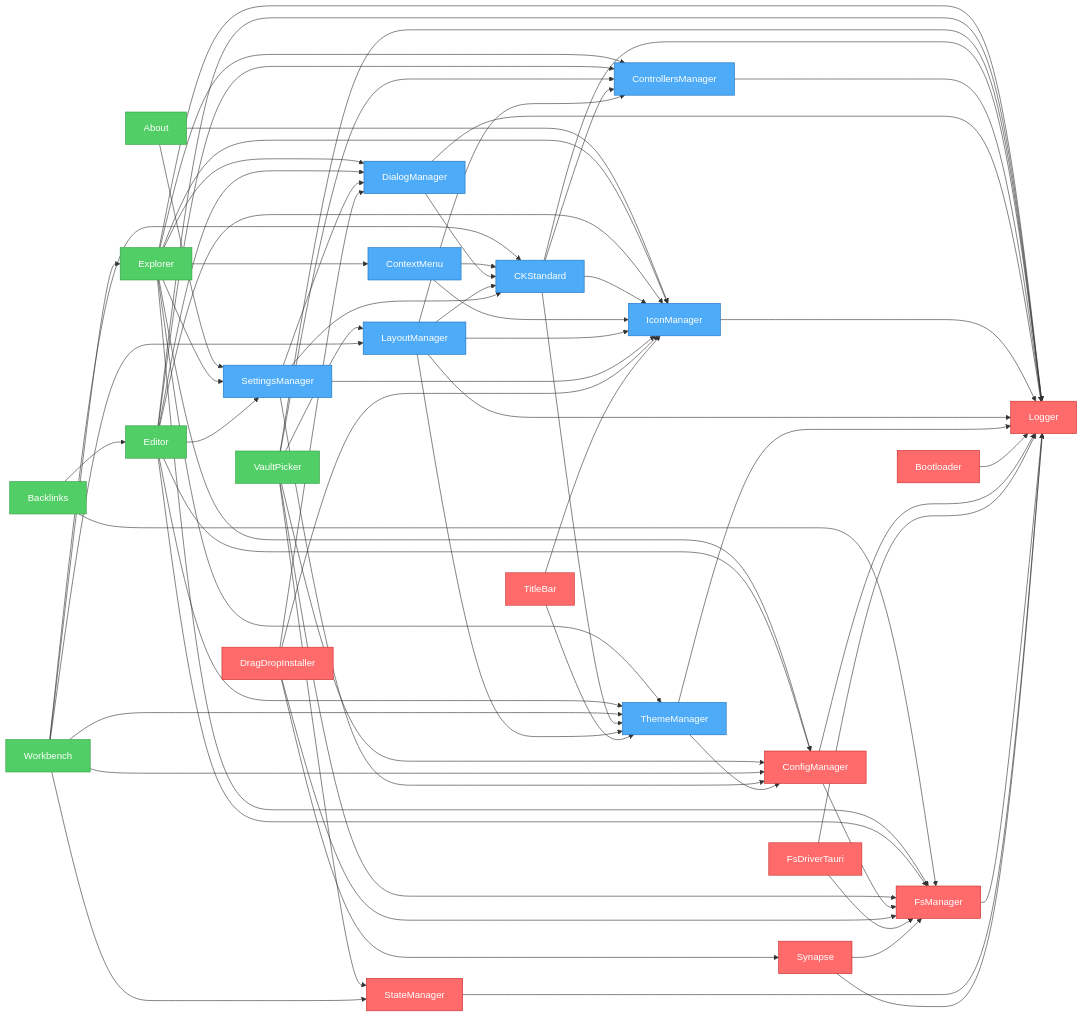
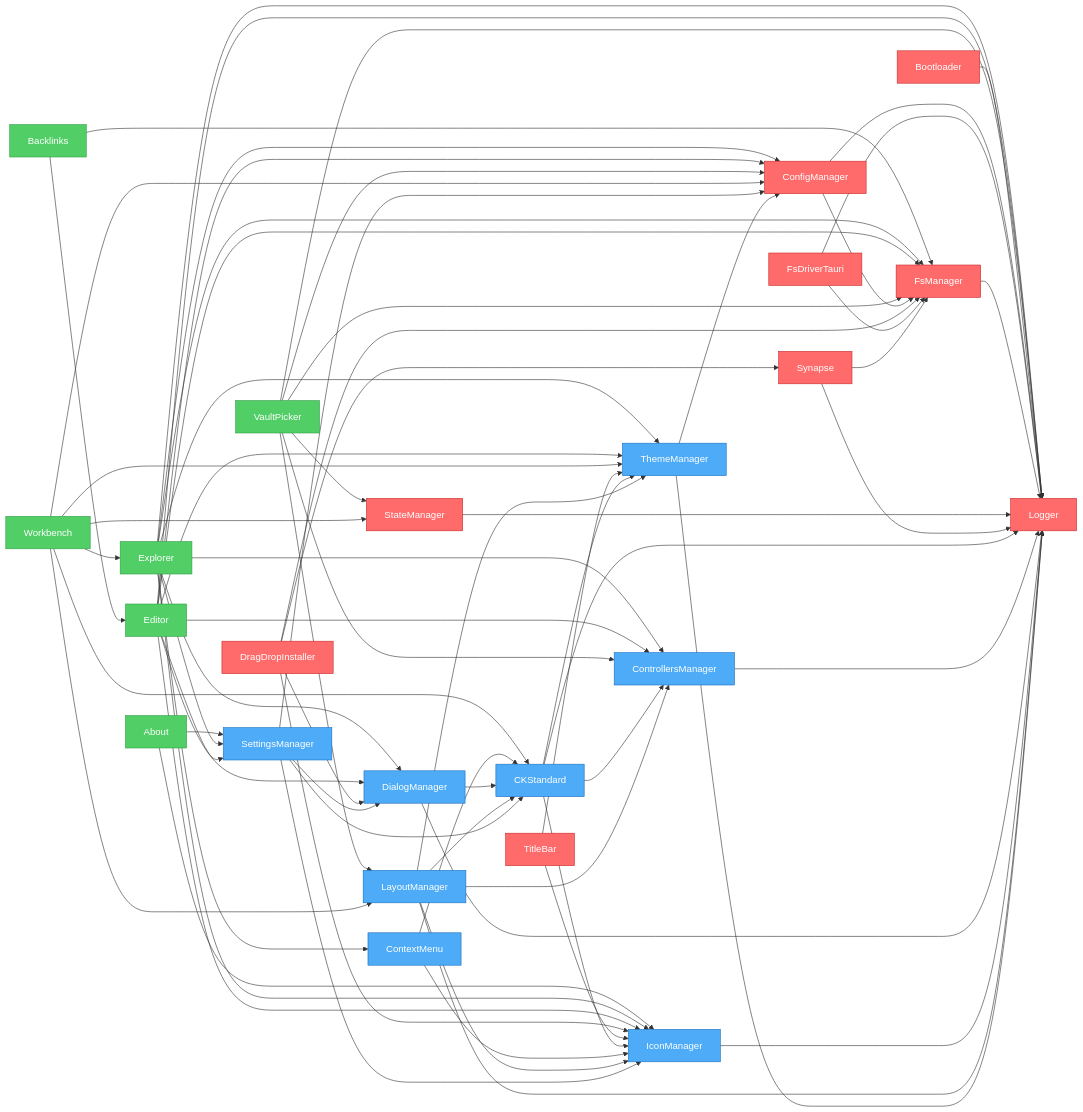
One commit to khton-tech/notehub.md changed the diagram in artifacts/graph.mmd. Above: the diagram before and after it, drawn with Mermaid. The commit also changed other lines of this file and 9 other files, not shown here.

Commit message:
feat: Implement a new theme manager with Deep Space and Light themes, and add foundational UI components like Button, Input, and Toggle.

```diff
--- a/artifacts/graph.mmd
+++ b/artifacts/graph.mmd
@@ -1,102 +1,102 @@
 flowchart LR
     nh_features_about["About"]
     nh_features_backlinks["Backlinks"]
     nh_features_explorer["Explorer"]
     nh_features_editor["Editor"]
     nh_features_vault-picker["VaultPicker"]
     nh_features_workbench["Workbench"]
-    nh_ui_ck-standard["CKStandard"]
-    nh_ui_context-menu["ContextMenu"]
-    nh_ui_controllers-manager["ControllersManager"]
-    nh_ui_dialog-manager["DialogManager"]
-    nh_ui_icon-manager["IconManager"]
-    nh_ui_layout-manager["LayoutManager"]
-    nh_ui_settings-manager["SettingsManager"]
-    nh_ui_theme-manager["ThemeManager"]
     nh_system_bootloader["Bootloader"]
     nh_system_config-manager["ConfigManager"]
     nh_system_drag-drop["DragDropInstaller"]
     nh_system_fs-driver-tauri["FsDriverTauri"]
     nh_system_fs-manager["FsManager"]
     nh_system_logger["Logger"]
     nh_system_state-manager["StateManager"]
     nh_system_synapse["Synapse"]
     nh_system_titlebar["TitleBar"]
+    nh_ui_ck-standard["CKStandard"]
+    nh_ui_context-menu["ContextMenu"]
+    nh_ui_controllers-manager["ControllersManager"]
+    nh_ui_dialog-manager["DialogManager"]
+    nh_ui_icon-manager["IconManager"]
+    nh_ui_layout-manager["LayoutManager"]
+    nh_ui_settings-manager["SettingsManager"]
+    nh_ui_theme-manager["ThemeManager"]
     nh_features_about --> nh_ui_settings-manager
     nh_features_about --> nh_ui_icon-manager
     nh_features_backlinks --> nh_features_editor
     nh_features_backlinks --> nh_system_fs-manager
     nh_features_explorer --> nh_system_config-manager
     nh_features_explorer --> nh_ui_settings-manager
     nh_features_explorer --> nh_system_fs-manager
     nh_features_explorer --> nh_system_logger
     nh_features_explorer --> nh_ui_controllers-manager
     nh_features_explorer --> nh_ui_icon-manager
     nh_features_explorer --> nh_ui_theme-manager
     nh_features_explorer --> nh_ui_context-menu
     nh_features_explorer --> nh_ui_dialog-manager
     nh_features_editor --> nh_system_config-manager
     nh_features_editor --> nh_ui_settings-manager
     nh_features_editor --> nh_system_fs-manager
     nh_features_editor --> nh_system_logger
     nh_features_editor --> nh_ui_controllers-manager
     nh_features_editor --> nh_ui_dialog-manager
     nh_features_editor --> nh_ui_icon-manager
     nh_features_editor --> nh_ui_theme-manager
     nh_features_vault-picker --> nh_system_fs-manager
     nh_features_vault-picker --> nh_system_config-manager
     nh_features_vault-picker --> nh_system_state-manager
     nh_features_vault-picker --> nh_system_logger
     nh_features_vault-picker --> nh_ui_controllers-manager
     nh_features_vault-picker --> nh_ui_layout-manager
     nh_features_workbench --> nh_system_config-manager
     nh_features_workbench --> nh_ui_layout-manager
     nh_features_workbench --> nh_ui_theme-manager
     nh_features_workbench --> nh_ui_ck-standard
     nh_features_workbench --> nh_system_state-manager
     nh_features_workbench --> nh_features_explorer
+    nh_system_bootloader --> nh_system_logger
+    nh_system_config-manager --> nh_system_logger
+    nh_system_config-manager --> nh_system_fs-manager
+    nh_system_drag-drop --> nh_ui_icon-manager
+    nh_system_drag-drop --> nh_ui_dialog-manager
+    nh_system_drag-drop --> nh_system_fs-manager
+    nh_system_drag-drop --> nh_system_synapse
+    nh_system_fs-driver-tauri --> nh_system_logger
+    nh_system_fs-driver-tauri --> nh_system_fs-manager
+    nh_system_fs-manager --> nh_system_logger
+    nh_system_state-manager --> nh_system_logger
+    nh_system_synapse --> nh_system_fs-manager
+    nh_system_synapse --> nh_system_logger
+    nh_system_titlebar --> nh_ui_icon-manager
+    nh_system_titlebar --> nh_ui_theme-manager
     nh_ui_ck-standard --> nh_system_logger
     nh_ui_ck-standard --> nh_ui_controllers-manager
     nh_ui_ck-standard --> nh_ui_icon-manager
     nh_ui_ck-standard --> nh_ui_theme-manager
     nh_ui_context-menu --> nh_ui_icon-manager
     nh_ui_context-menu --> nh_ui_ck-standard
     nh_ui_controllers-manager --> nh_system_logger
     nh_ui_dialog-manager --> nh_system_logger
     nh_ui_dialog-manager --> nh_ui_ck-standard
     nh_ui_icon-manager --> nh_system_logger
     nh_ui_layout-manager --> nh_system_logger
     nh_ui_layout-manager --> nh_ui_theme-manager
     nh_ui_layout-manager --> nh_ui_icon-manager
     nh_ui_layout-manager --> nh_ui_controllers-manager
     nh_ui_layout-manager --> nh_ui_ck-standard
     nh_ui_settings-manager --> nh_system_config-manager
     nh_ui_settings-manager --> nh_ui_ck-standard
     nh_ui_settings-manager --> nh_ui_icon-manager
     nh_ui_settings-manager --> nh_ui_dialog-manager
     nh_ui_theme-manager --> nh_system_logger
     nh_ui_theme-manager --> nh_system_config-manager
-    nh_system_bootloader --> nh_system_logger
-    nh_system_config-manager --> nh_system_logger
-    nh_system_config-manager --> nh_system_fs-manager
-    nh_system_drag-drop --> nh_ui_icon-manager
-    nh_system_drag-drop --> nh_ui_dialog-manager
-    nh_system_drag-drop --> nh_system_fs-manager
-    nh_system_drag-drop --> nh_system_synapse
-    nh_system_fs-driver-tauri --> nh_system_logger
-    nh_system_fs-driver-tauri --> nh_system_fs-manager
-    nh_system_fs-manager --> nh_system_logger
-    nh_system_state-manager --> nh_system_logger
-    nh_system_synapse --> nh_system_fs-manager
-    nh_system_synapse --> nh_system_logger
-    nh_system_titlebar --> nh_ui_icon-manager
-    nh_system_titlebar --> nh_ui_theme-manager
 
     %% Styles
     classDef system fill:#ff6b6b,stroke:#c92a2a,color:#fff
     classDef ui fill:#4dabf7,stroke:#1971c2,color:#fff
     classDef feature fill:#51cf66,stroke:#2f9e44,color:#fff
     class nh_features_about,nh_features_backlinks,nh_features_vault-picker feature
     class nh_features_explorer,nh_features_editor,nh_features_workbench feature
+    class nh_system_bootloader,nh_system_config-manager,nh_system_drag-drop,nh_system_fs-driver-tauri,nh_system_fs-manager,nh_system_logger,nh_system_state-manager,nh_system_synapse,nh_system_titlebar system
     class nh_ui_ck-standard,nh_ui_context-menu,nh_ui_controllers-manager,nh_ui_dialog-manager,nh_ui_icon-manager,nh_ui_layout-manager,nh_ui_settings-manager,nh_ui_theme-manager ui
-    class nh_system_bootloader,nh_system_config-manager,nh_system_drag-drop,nh_system_fs-driver-tauri,nh_system_fs-manager,nh_system_logger,nh_system_state-manager,nh_system_synapse,nh_system_titlebar system
```
